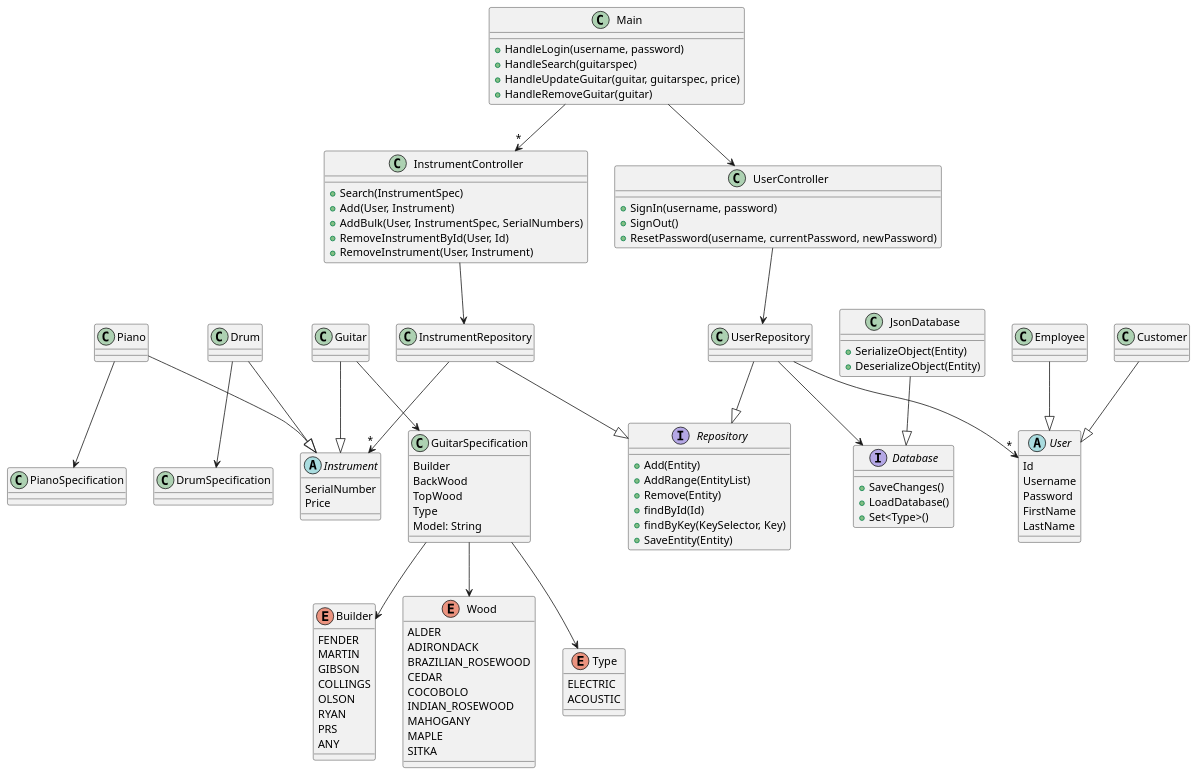
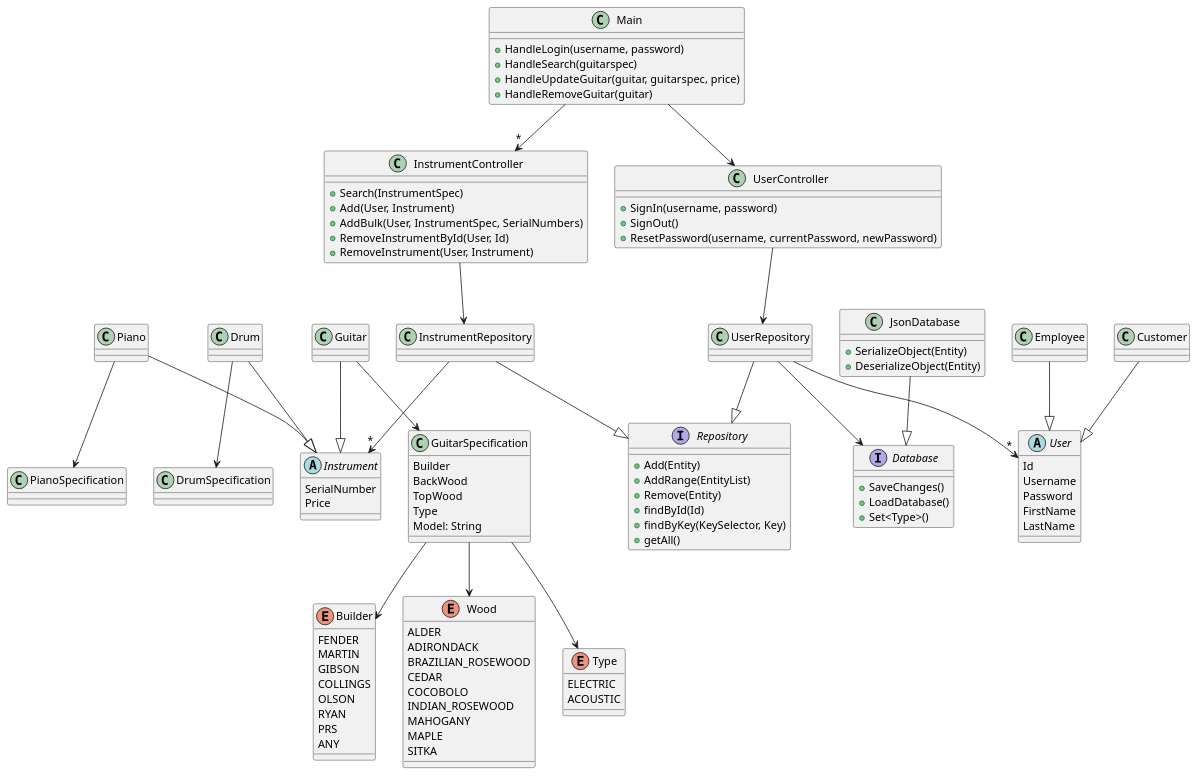
Before and after one commit to RealJasomo/374-Guitar-Activity: the diagram in class-diagram.puml, drawn with PlantUML. The commit also changed 19 other files, not shown here.

```diff
--- a/class-diagram.puml
+++ b/class-diagram.puml
@@ -1,152 +1,152 @@
 @startuml "Guitar Shop"
 
 class Main{
     +HandleLogin(username, password)
     +HandleSearch(guitarspec)
     +HandleUpdateGuitar(guitar, guitarspec, price)
     +HandleRemoveGuitar(guitar)
 }
 
 abstract class Instrument{
     SerialNumber
     Price
 }
 
 class GuitarSpecification{
     Builder
     BackWood
     TopWood
     Type
     Model: String
 }
 
 class PianoSpecification{
     
 }
 class DrumSpecification{
 
 }
 
 interface Repository{
     +Add(Entity)
     +AddRange(EntityList)
     +Remove(Entity)
     +findById(Id)
     +findByKey(KeySelector, Key)
-    +SaveEntity(Entity)
+    +getAll()
 }
 
 class Piano{
 
 }
 
 class Drum{
 
 }
 
 class Guitar{
 
 }
 
 class InstrumentController{
     +Search(InstrumentSpec)
     +Add(User, Instrument)
     +AddBulk(User, InstrumentSpec, SerialNumbers)
     +RemoveInstrumentById(User, Id)
     +RemoveInstrument(User, Instrument)
 }
 
 class InstrumentRepository{
     
 }
 
 enum Builder{
     FENDER
     MARTIN
     GIBSON
     COLLINGS
     OLSON
     RYAN
     PRS
     ANY
 }
 
 enum Wood{
     ALDER
     ADIRONDACK
     BRAZILIAN_ROSEWOOD
     CEDAR
     COCOBOLO
     INDIAN_ROSEWOOD
     MAHOGANY
     MAPLE
     SITKA
 }
 
 enum Type{
     ELECTRIC
     ACOUSTIC
 }
 
 interface Database{
     +SaveChanges()
     +LoadDatabase()
     +Set<Type>()
 }
 
 class JsonDatabase {
     +SerializeObject(Entity)
     +DeserializeObject(Entity)
 }
 
 abstract class User{
     Id
     Username
     Password
     FirstName
     LastName
 }
 
 class UserRepository{
 
 }
 
 class UserController{
     +SignIn(username, password)
     +SignOut()
     +ResetPassword(username, currentPassword, newPassword)
 }
 
 class Employee{
 
 }
 class Customer{
 
 }
 
 Guitar --> GuitarSpecification
 GuitarSpecification --> Builder
 GuitarSpecification --> Wood
 GuitarSpecification --> Type
 JsonDatabase --|> Database
 
 Customer --|> User
 Employee --|> User
 UserRepository --|> Repository
 UserRepository --> Database
 UserController --> UserRepository
 UserRepository --> "*" User
 Main --> UserController
 Main --> "*" InstrumentController
 
 InstrumentRepository --|> Repository
 InstrumentController --> InstrumentRepository
 InstrumentRepository --> "*" Instrument
 Piano --|> Instrument
 Guitar --|> Instrument
 Drum --|> Instrument
 
 Piano --> PianoSpecification
 Drum --> DrumSpecification
 
 @enduml
```
